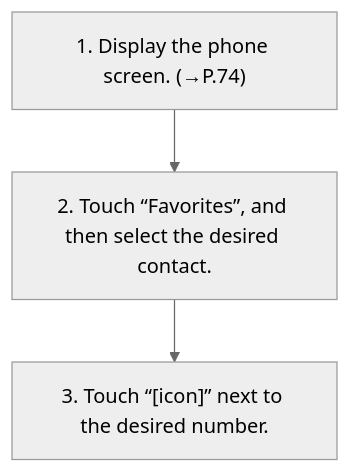
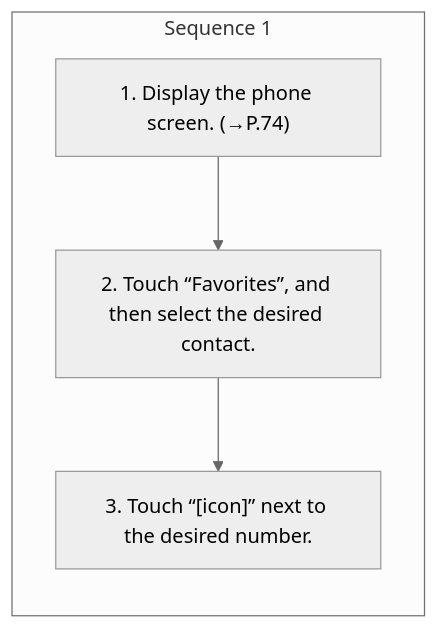
One commit to Chieko-Y/my-spec-generator changed the diagram in workspace/subaru/outback-2026/ivi/published/phone/9-by-favorites-list.md. Above: the diagram before and after it, drawn with Mermaid (neutral theme). The commit also changed other lines of this file and 268 other files, not shown here.

````diff
--- a/workspace/subaru/outback-2026/ivi/published/phone/9-by-favorites-list.md
+++ b/workspace/subaru/outback-2026/ivi/published/phone/9-by-favorites-list.md
@@ -9,8 +9,11 @@
 ```mermaid
 flowchart TD
-    S1["1. Display the phone screen. (→P.74)"]
-    S2["2. Touch “Favorites”, and then select the desired contact."]
-    S3["3. Touch “[icon]” next to the desired number."]
-    S1 --> S2
-    S2 --> S3
+    subgraph SEQ1["Sequence 1"]
+    direction TB
+    S1_1["1. Display the phone screen. (→P.74)"]
+    S1_2["2. Touch “Favorites”, and then select the desired contact."]
+    S1_3["3. Touch “[icon]” next to the desired number."]
+    S1_1 --> S1_2
+    S1_2 --> S1_3
+    end
 ```
````
